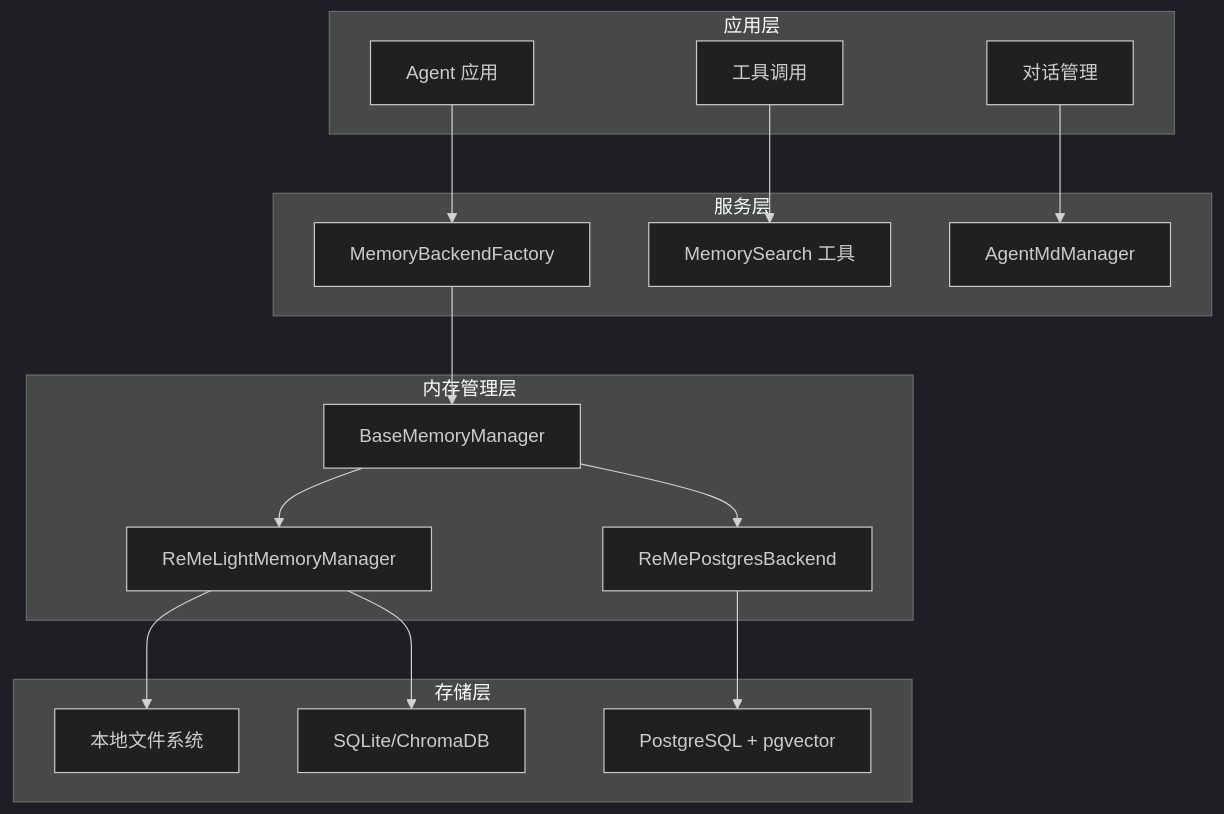
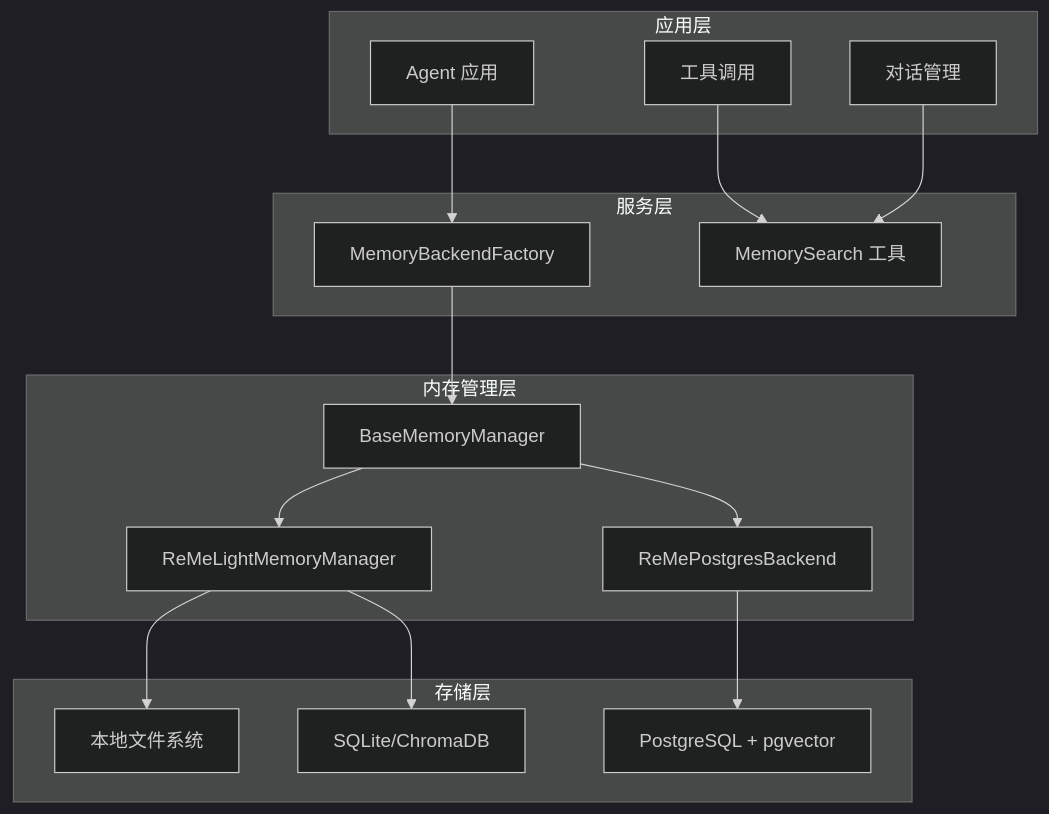
One commit to joezxh/CoPaw changed the fourth of 8 diagrams in .qoder/repowiki/zh/content/后端架构/向量内存系统.md. Above: the diagram before and after it, drawn with Mermaid (dark theme). The commit also changed other lines of this file and 117 other files, not shown here.

````diff
--- a/.qoder/repowiki/zh/content/后端架构/向量内存系统.md
+++ b/.qoder/repowiki/zh/content/后端架构/向量内存系统.md
@@ -217,32 +223,31 @@
 ```mermaid
 graph TB
 subgraph "应用层"
 A[Agent 应用]
 B[工具调用]
 C[对话管理]
 end
 subgraph "服务层"
 D[MemoryBackendFactory]
 E[MemorySearch 工具]
-F[AgentMdManager]
 end
 subgraph "内存管理层"
-G[BaseMemoryManager]
-H[ReMeLightMemoryManager]
-I[ReMePostgresBackend]
+F[BaseMemoryManager]
+G[ReMeLightMemoryManager]
+H[ReMePostgresBackend]
 end
 subgraph "存储层"
-J[本地文件系统]
-K[SQLite/ChromaDB]
-L[PostgreSQL + pgvector]
+I[本地文件系统]
+J[SQLite/ChromaDB]
+K[PostgreSQL + pgvector]
 end
 A --> D
 B --> E
-C --> F
-D --> G
-G --> H
+C --> E
+D --> F
+F --> G
+F --> H
 G --> I
-H --> J
+G --> J
 H --> K
-I --> L
 ```
````
